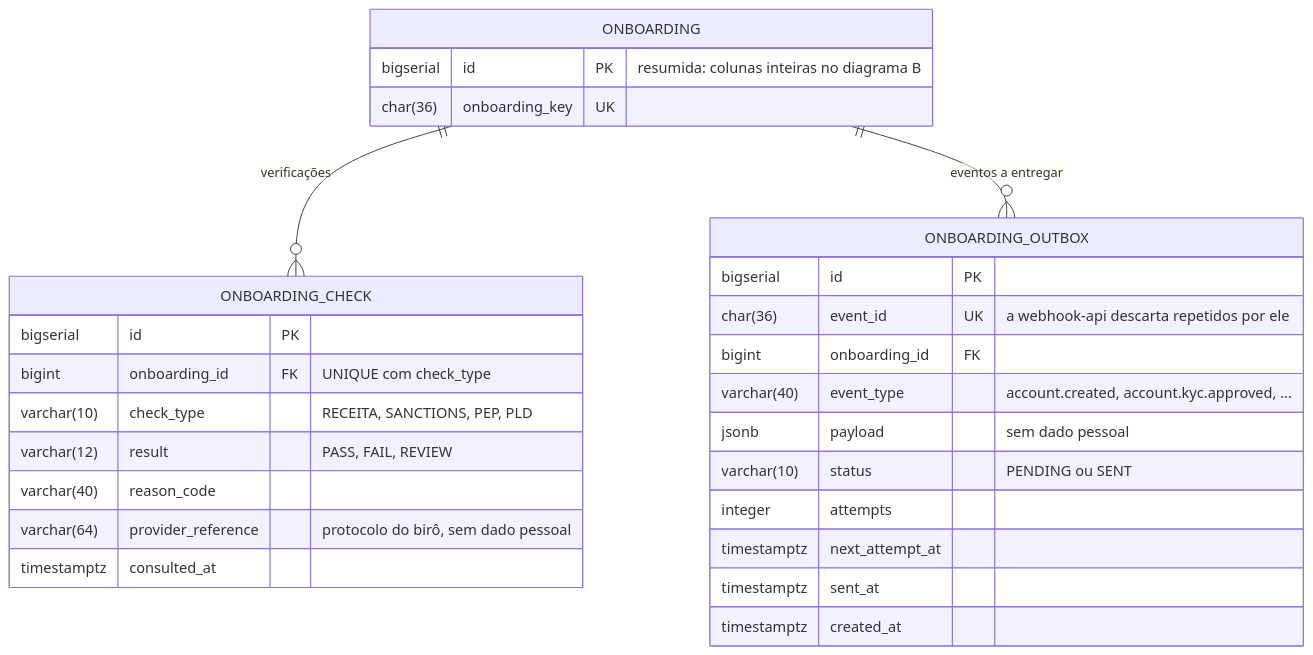
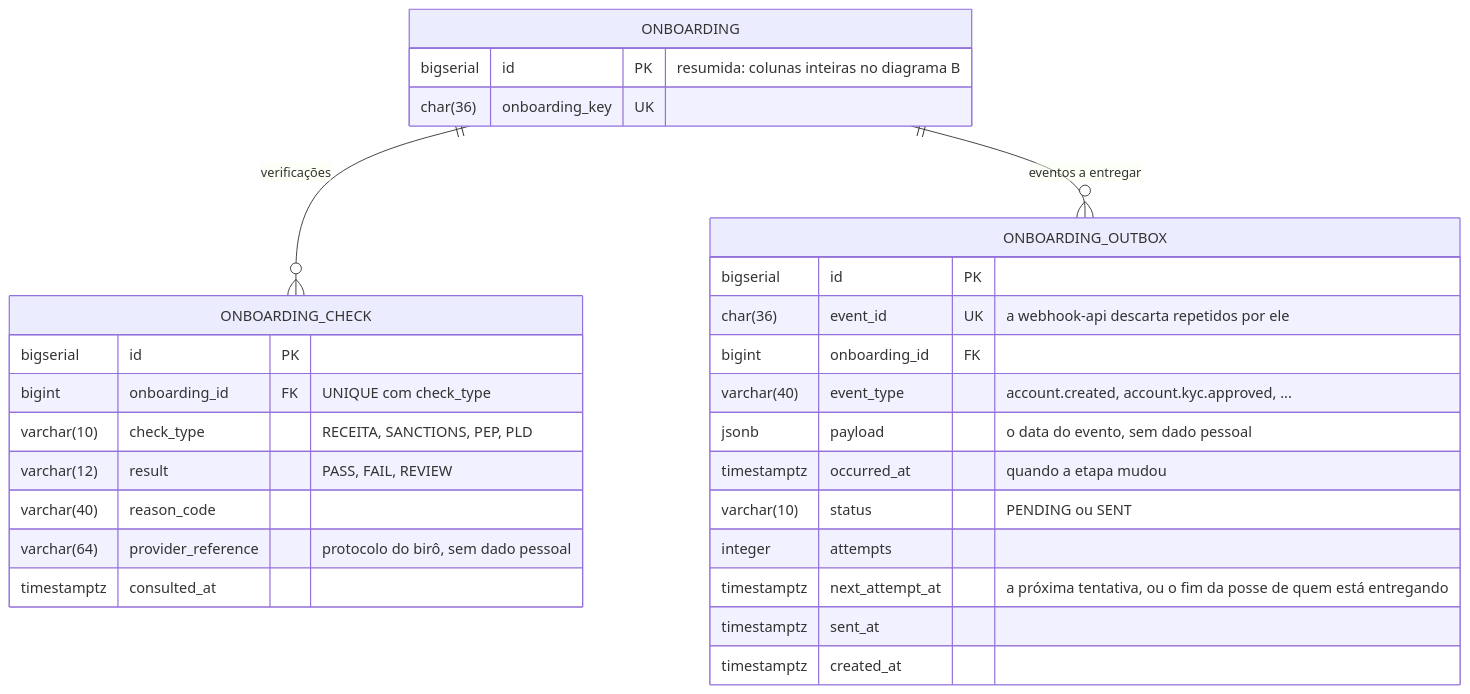
One commit to eduardoVL123/bootcampQitech_bancoDigital changed the fourth of 14 diagrams in docs/rfc/05-onboarding-api.md. Above: the diagram before and after it, drawn with Mermaid. The commit also changed other lines of this file and 20 other files, not shown here.

````diff
--- a/docs/rfc/05-onboarding-api.md
+++ b/docs/rfc/05-onboarding-api.md
@@ -336,30 +336,31 @@
 ```mermaid
 erDiagram
     ONBOARDING ||--o{ ONBOARDING_CHECK : "verificações"
     ONBOARDING ||--o{ ONBOARDING_OUTBOX : "eventos a entregar"
     ONBOARDING {
         bigserial id PK "resumida: colunas inteiras no diagrama B"
         char(36) onboarding_key UK
     }
     ONBOARDING_CHECK {
         bigserial id PK
         bigint onboarding_id FK "UNIQUE com check_type"
         varchar(10) check_type "RECEITA, SANCTIONS, PEP, PLD"
         varchar(12) result "PASS, FAIL, REVIEW"
         varchar(40) reason_code
         varchar(64) provider_reference "protocolo do birô, sem dado pessoal"
         timestamptz consulted_at
     }
     ONBOARDING_OUTBOX {
         bigserial id PK
         char(36) event_id UK "a webhook-api descarta repetidos por ele"
         bigint onboarding_id FK
         varchar(40) event_type "account.created, account.kyc.approved, ..."
-        jsonb payload "sem dado pessoal"
+        jsonb payload "o data do evento, sem dado pessoal"
+        timestamptz occurred_at "quando a etapa mudou"
         varchar(10) status "PENDING ou SENT"
         integer attempts
-        timestamptz next_attempt_at
+        timestamptz next_attempt_at "a próxima tentativa, ou o fim da posse de quem está entregando"
         timestamptz sent_at
         timestamptz created_at
     }
 ```
````
